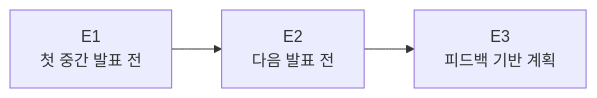
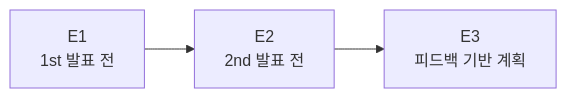
One commit to knu-2026-summer-main-enhancement/finance-doc-agent changed the sixth of 14 diagrams in README.md. Above: the diagram before and after it, drawn with Mermaid. The commit also changed other lines of this file, not shown here.

````diff
--- a/README.md
+++ b/README.md
@@ -158,4 +152,4 @@
 ```mermaid
 flowchart LR
-    E1[E1<br/>첫 중간 발표 전] --> E2[E2<br/>다음 발표 전] --> E3[E3<br/>피드백 기반 계획]
+    E1[E1<br/>1st 발표 전] --> E2[E2<br/>2nd 발표 전] --> E3[E3<br/>피드백 기반 계획]
 ```
````
